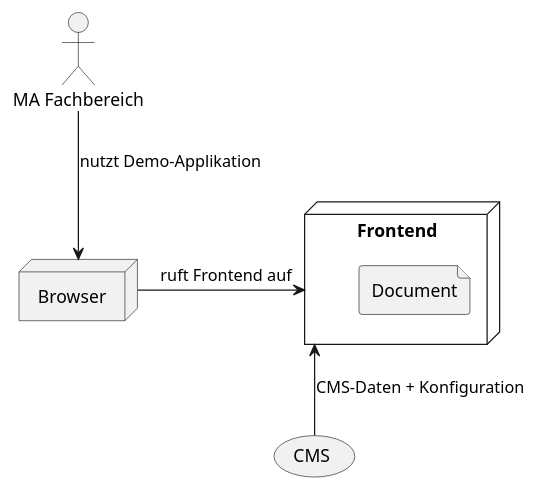
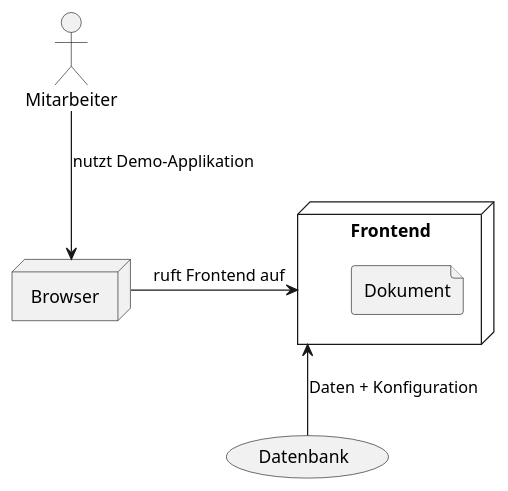
One commit to maenujem/asciidoc2pdf-thesisworks changed the second of 5 diagrams in doc/thesis-part1-examples.adoc. Above: the diagram before and after it, drawn with PlantUML. The commit also changed other lines of this file and 5 other files, not shown here.

```diff
--- a/doc/thesis-part1-examples.adoc
+++ b/doc/thesis-part1-examples.adoc
@@ -414,16 +437,16 @@
 [plantuml]
 ----
 @startuml
-actor "MA Fachbereich" as MA_FB
+actor "Mitarbeiter" as MA_FB
 node Browser
 node Frontend {
-  file "Document" as DOC
+  file "Dokument" as DOC
 }
-usecase CMS
+usecase Datenbank
 
 MA_FB         -do->  Browser:       ""nutzt Demo-Applikation""
 Browser       -ri->  Frontend:      ""ruft Frontend auf""
 
-CMS           -up->  Frontend:      ""CMS-Daten + Konfiguration""
+Datenbank           -up->  Frontend:      ""Daten + Konfiguration""
 @enduml
 ----
```
